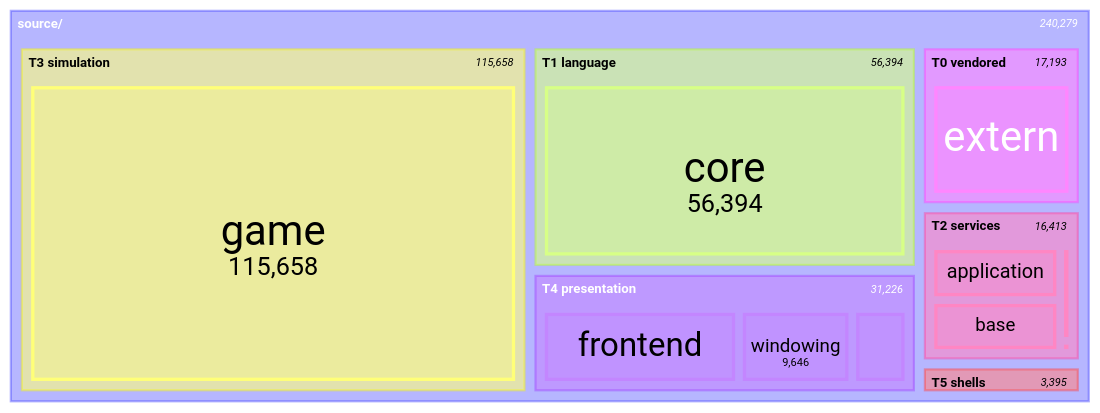
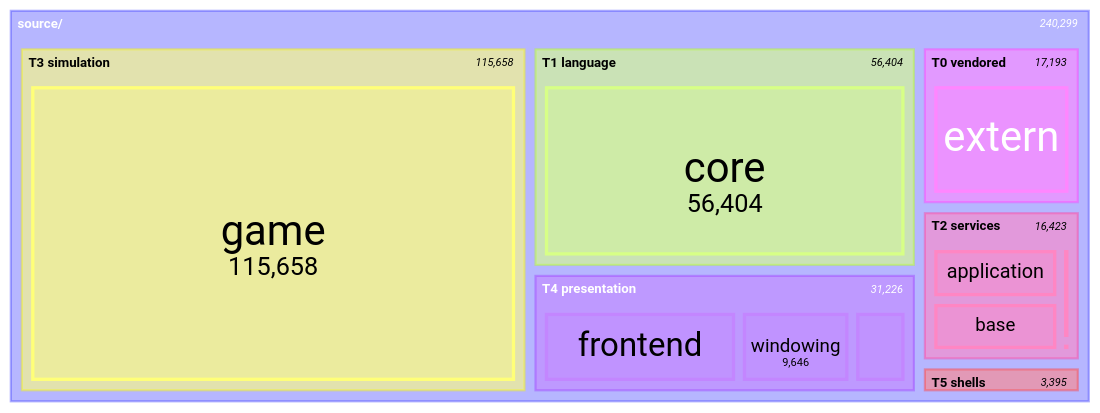
One commit to apnex/OpenStarbound changed the seventh of 11 diagrams in docs/architecture/system-boundaries.md. Above: the diagram before and after it, drawn with Mermaid. The commit also changed other lines of this file and 10 other files, not shown here.

````diff
--- a/docs/architecture/system-boundaries.md
+++ b/docs/architecture/system-boundaries.md
@@ -592,22 +592,22 @@
 ```mermaid
 treemap-beta
 "source/"
     "T0 vendored"
         "extern": 17193
     "T1 language"
-        "core": 56394
+        "core": 56404
     "T2 services"
-        "application": 7607
+        "application": 7617
         "base": 7468
         "metrics": 1196
         "platform": 142
     "T3 simulation"
         "game": 115658
     "T4 presentation"
         "frontend": 16863
         "windowing": 9646
         "rendering": 4717
     "T5 shells"
         "client": 2612
         "server": 783
 ```
````
